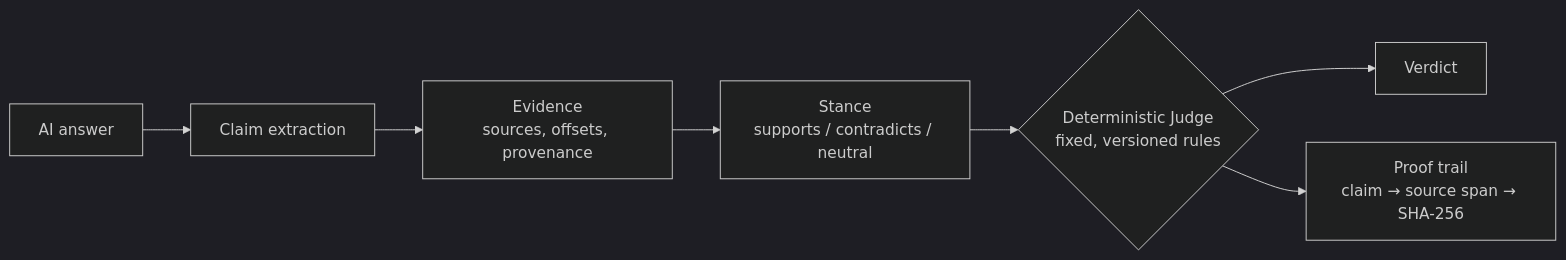
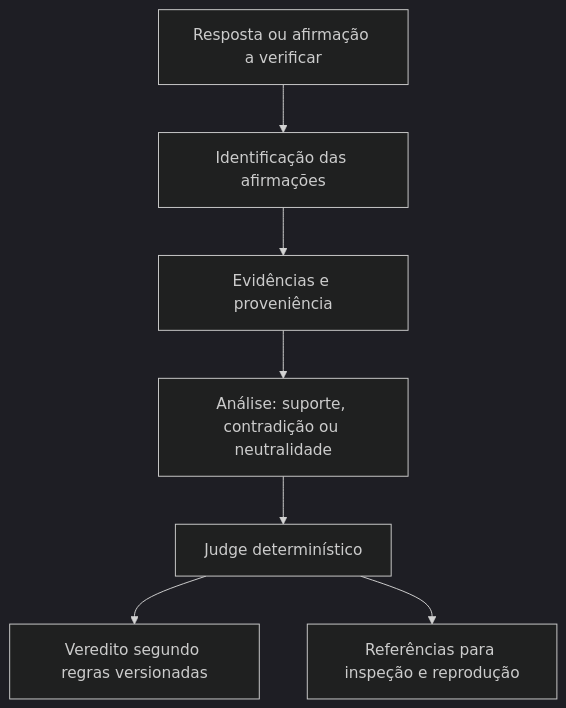
One commit to Ayorinha/ayorai-opensearch changed the diagram in README.md. Above: the diagram before and after it, drawn with Mermaid (dark theme). The commit also changed other lines of this file and 2 other files, not shown here.

````diff
--- a/README.md
+++ b/README.md
@@ -33,9 +34,9 @@
-~~~mermaid
-flowchart LR
-    A["AI answer"] --> B["Claim extraction"]
-    B --> C["Evidence<br/>sources, offsets, provenance"]
-    C --> D["Stance<br/>supports / contradicts / neutral"]
-    D --> E{"Deterministic Judge<br/>fixed, versioned rules"}
-    E --> F["Verdict"]
-    E --> G["Proof trail<br/>claim → source span → SHA-256"]
-~~~
+```mermaid
+flowchart TD
+    A["Resposta ou afirmação a verificar"] --> B["Identificação das afirmações"]
+    B --> C["Evidências e proveniência"]
+    C --> D["Análise: suporte, contradição ou neutralidade"]
+    D --> E["Judge determinístico"]
+    E --> F["Veredito segundo regras versionadas"]
+    E --> G["Referências para inspeção e reprodução"]
+```
````
